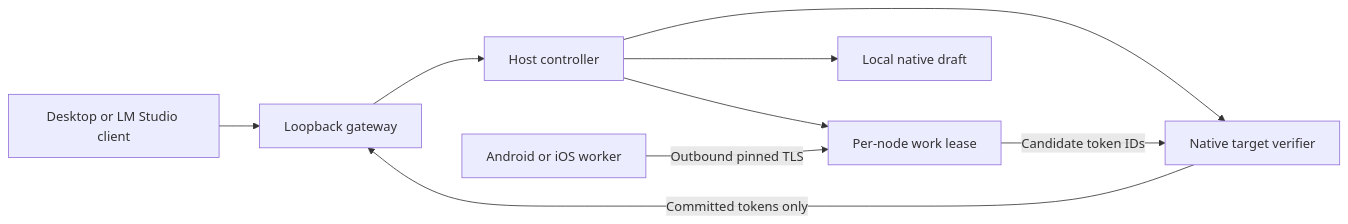
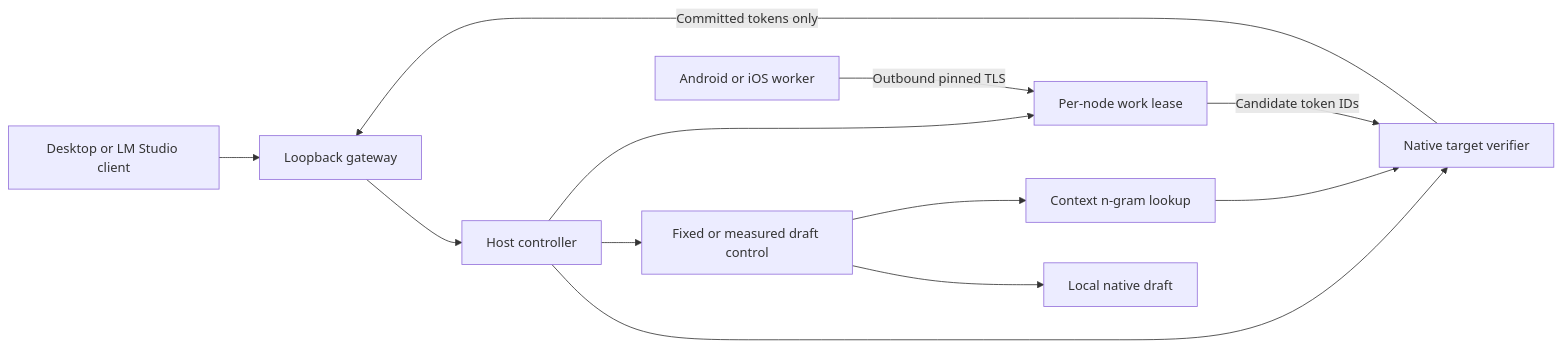
The diagram in docs/ARCHITECTURE.md (sev7enITA/NodeLift), drawn with Mermaid before and after one commit. The commit also changed other lines of this file and 25 other files, not shown here.

````diff
--- a/docs/ARCHITECTURE.md
+++ b/docs/ARCHITECTURE.md
@@ -3,11 +3,14 @@
 ```mermaid
 flowchart LR
   C[Desktop or LM Studio client] --> G[Loopback gateway]
   G --> H[Host controller]
   H --> T[Native target verifier]
-  H --> L[Local native draft]
+  H --> D[Fixed or measured draft control]
+  D --> L[Local native draft]
+  D --> N[Context n-gram lookup]
+  N --> T
   P[Android or iOS worker] -->|Outbound pinned TLS| M[Per-node work lease]
   H --> M
   M -->|Candidate token IDs| T
   T -->|Committed tokens only| G
 ```
````
